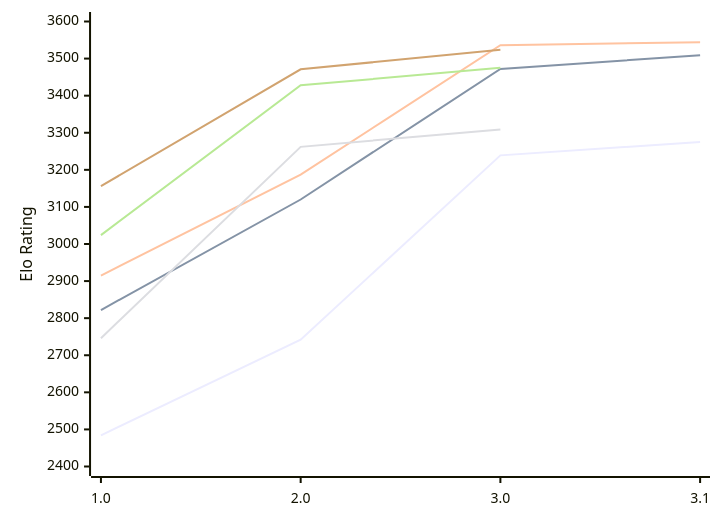
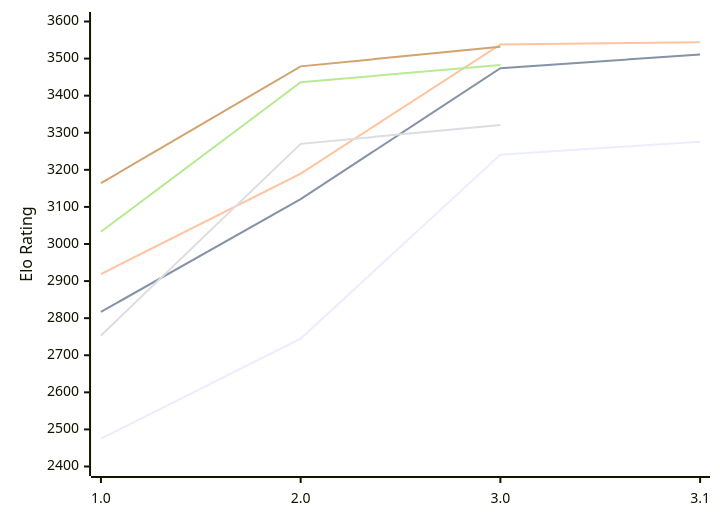
The diagram in engines/Funcomp.md (computer-chess-index/cci), drawn with Mermaid before and after one commit. The commit also changed other lines of this file, not shown here.

Commit message:
Update CCI Ratings (ELO VLTC) - 2026-11-25

````diff
--- a/engines/Funcomp.md
+++ b/engines/Funcomp.md
@@ -52,12 +52,12 @@
 ```mermaid
 %%{init: {"theme":"base","themeVariables":{"seriesColors:['#a3a3a3','#222221','#faa371']}}}%%
 xychart-beta
   x-axis ["1.0", "2.0", "3.0", "3.1"]
   y-axis "Elo Rating" 2400 --> 3600
-  line "E1: STC (8.0+0.08s)" [2484, 2742, 3239, 3275]
-  line "E1: LTC (60.0+0.60s)" [2822, 3120, 3472, 3509]
-  line "E1: VLTC (2m24s+1.12s)" [2915, 3187, 3536, 3544]
-  line "P1: STC (8.0+0.08s)" [2746, 3262, 3309]
-  line "P1: LTC (60.0+0.60s)" [3024, 3428, 3475]
-  line "P1: VLTC (2m24s+1.12s)" [3156, 3471, 3524]
+  line "E1: STC (8.0+0.08s)" [2475, 2745, 3241, 3276]
+  line "E1: LTC (60.0+0.60s)" [2817, 3121, 3474, 3511]
+  line "E1: VLTC (2m24s+1.12s)" [2919, 3190, 3538, 3544]
+  line "P1: STC (8.0+0.08s)" [2753, 3270, 3321]
+  line "P1: LTC (60.0+0.60s)" [3033, 3436, 3483]
+  line "P1: VLTC (2m24s+1.12s)" [3164, 3479, 3532]
 ```
````
